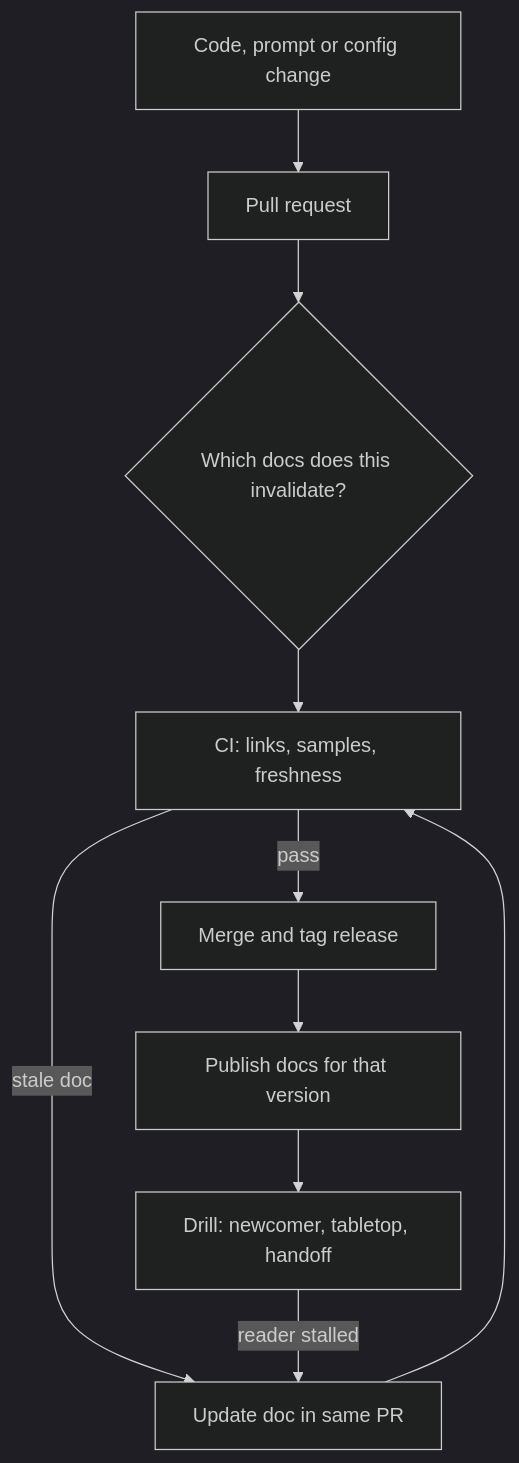
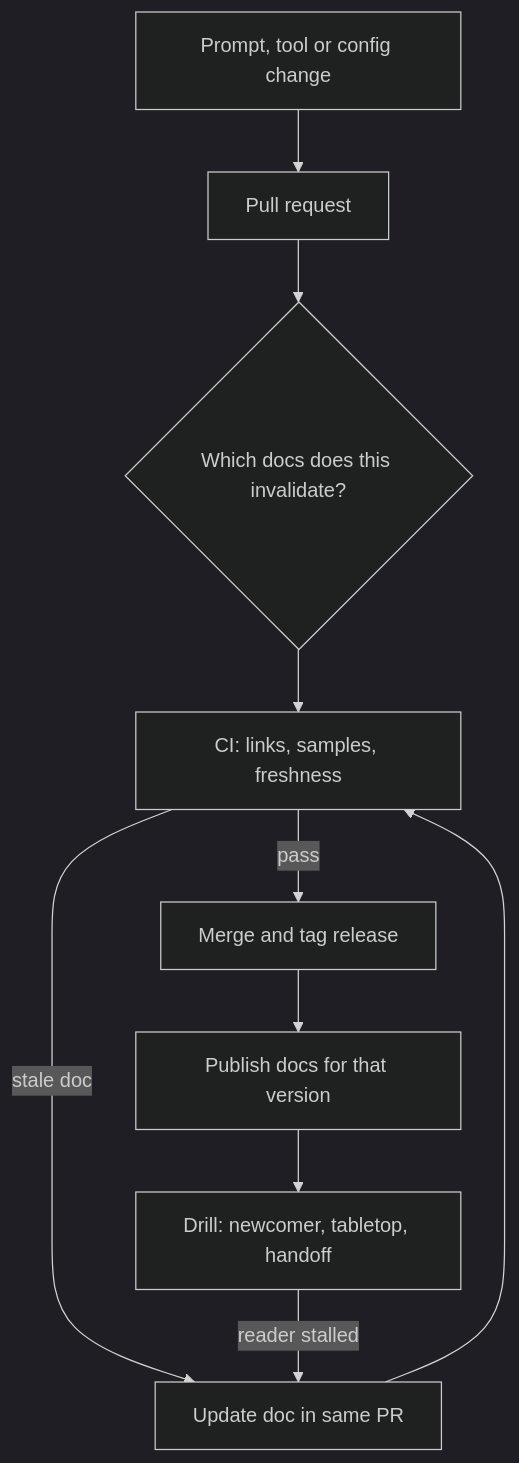
Before and after one commit to lovishmahajan97/agentic-learning: the diagram in content/delivery-ownership/technical-documentation.md, drawn with Mermaid (dark theme). The commit also changed other lines of this file and 454 other files, not shown here.

````diff
--- a/content/delivery-ownership/technical-documentation.md
+++ b/content/delivery-ownership/technical-documentation.md
@@ -120,12 +149,12 @@
 ```mermaid
 flowchart TD
-    C["Code, prompt or config change"] --> PR["Pull request"]
+    C["Prompt, tool or config change"] --> PR["Pull request"]
     PR --> Q{"Which docs does this invalidate?"}
     Q --> CI["CI: links, samples, freshness"]
     CI -->|"stale doc"| U["Update doc in same PR"]
     U --> CI
     CI -->|"pass"| M["Merge and tag release"]
     M --> P["Publish docs for that version"]
     P --> T["Drill: newcomer, tabletop, handoff"]
     T -->|"reader stalled"| U
 ```
````
